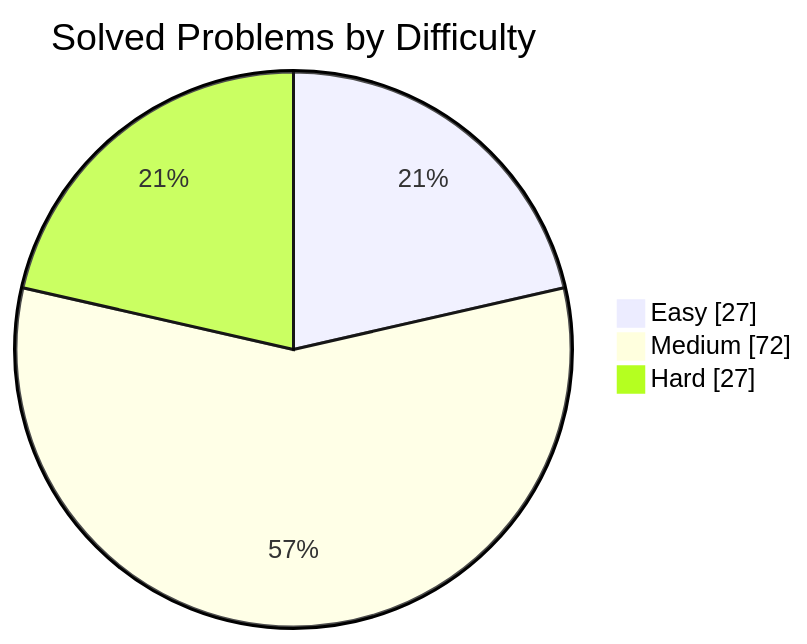
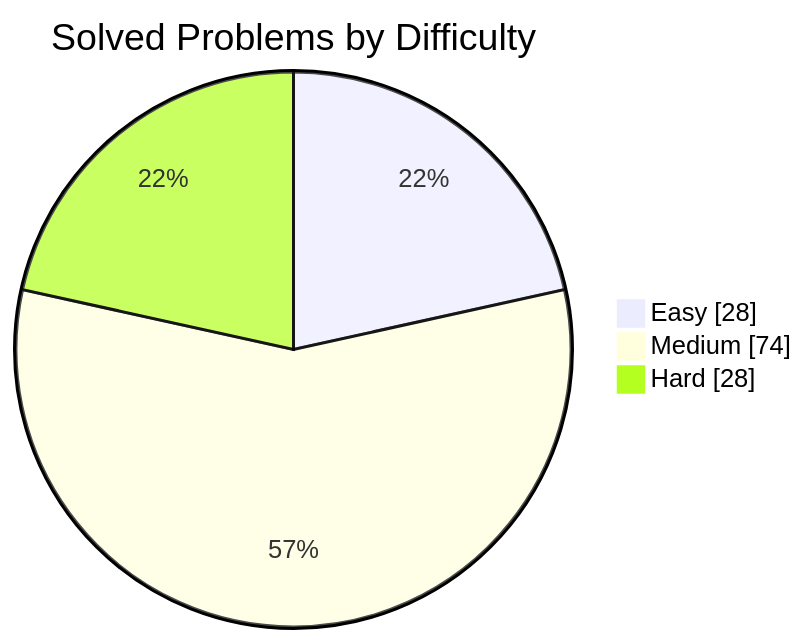
The first of 2 diagrams in README.md (manikantbindass/DSA-Preparation-FAANG), drawn with Mermaid before and after one commit. The commit also changed other lines of this file, not shown here.

````diff
--- a/README.md
+++ b/README.md
@@ -38,7 +38,7 @@
 ```mermaid
 pie showData
     title Solved Problems by Difficulty
-    "Easy" : 27
-    "Medium" : 72
-    "Hard" : 27
+    "Easy" : 28
+    "Medium" : 74
+    "Hard" : 28
 ```
````
